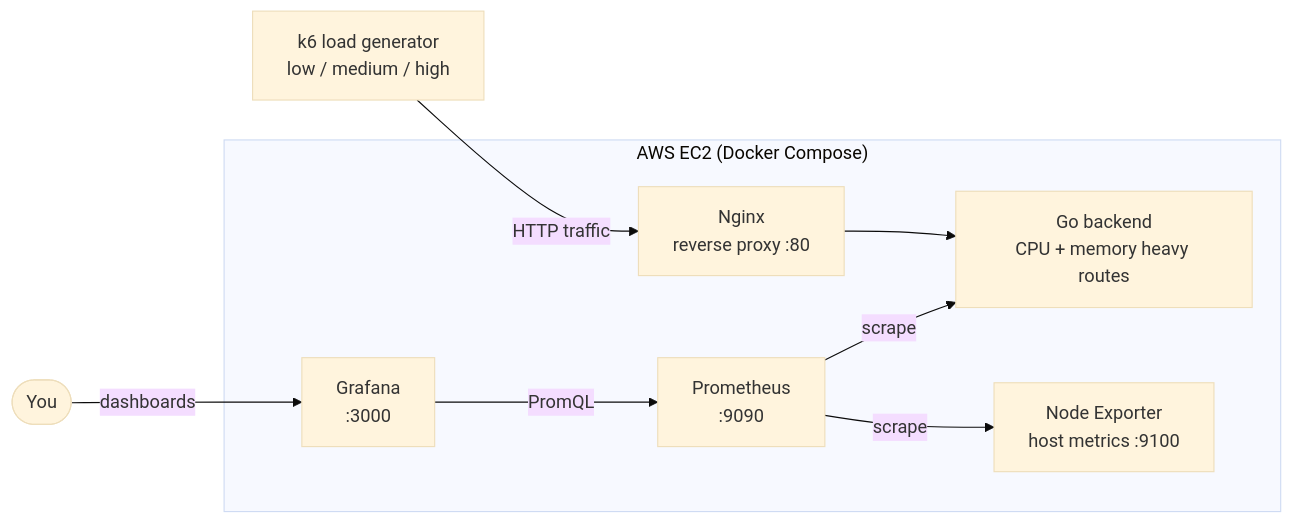
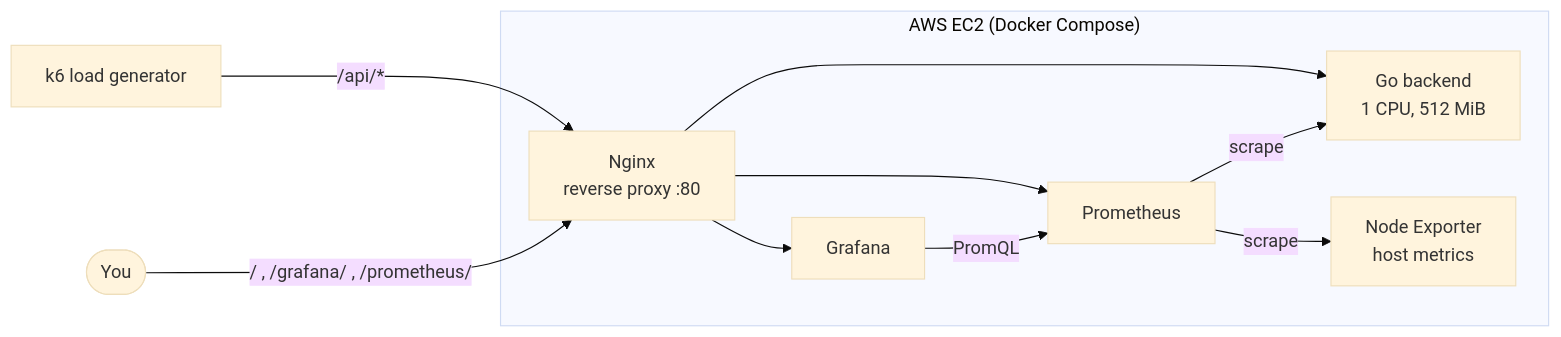
One commit to Mehulsri07/LoadLab changed the diagram in README.md. Above: the diagram before and after it, drawn with Mermaid (base theme). The commit also changed other lines of this file and 5 other files, not shown here.

````diff
--- a/README.md
+++ b/README.md
@@ -9,20 +9,22 @@
 ```mermaid
 flowchart LR
-    K6["k6 load generator<br/>low / medium / high"]
+    K6["k6 load generator"]
     U(["You"])
 
     subgraph EC2["AWS EC2 (Docker Compose)"]
         N["Nginx<br/>reverse proxy :80"]
-        B["Go backend<br/>CPU + memory heavy routes"]
-        NE["Node Exporter<br/>host metrics :9100"]
-        P["Prometheus<br/>:9090"]
-        G["Grafana<br/>:3000"]
+        B["Go backend<br/>1 CPU, 512 MiB"]
+        NE["Node Exporter<br/>host metrics"]
+        P["Prometheus"]
+        G["Grafana"]
     end
 
-    K6 -->|"HTTP traffic"| N
+    K6 -->|"/api/*"| N
+    U -->|"/ , /grafana/ , /prometheus/"| N
     N --> B
+    N --> G
+    N --> P
     P -->|"scrape"| B
     P -->|"scrape"| NE
     G -->|"PromQL"| P
-    U -->|"dashboards"| G
 ```
````
